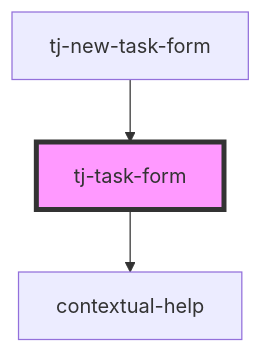
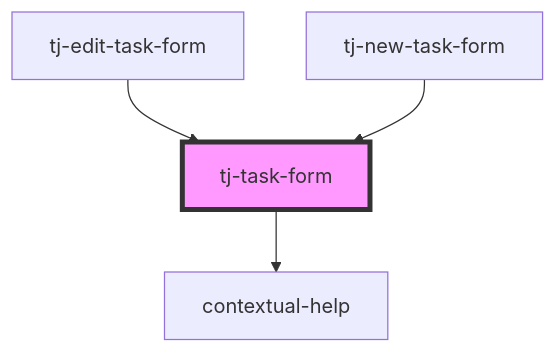
The diagram in src/components/tj-task-page/components/tj-task-form/readme.md (davids-ensemble/tj-jira-panel), drawn with Mermaid before and after one commit. The commit also changed other lines of this file and 24 other files, not shown here.

````diff
--- a/src/components/tj-task-page/components/tj-task-form/readme.md
+++ b/src/components/tj-task-page/components/tj-task-form/readme.md
@@ -37,6 +43,7 @@
 ```mermaid
 graph TD;
   tj-task-form --> contextual-help
+  tj-edit-task-form --> tj-task-form
   tj-new-task-form --> tj-task-form
   style tj-task-form fill:#f9f,stroke:#333,stroke-width:4px
 ```
````
